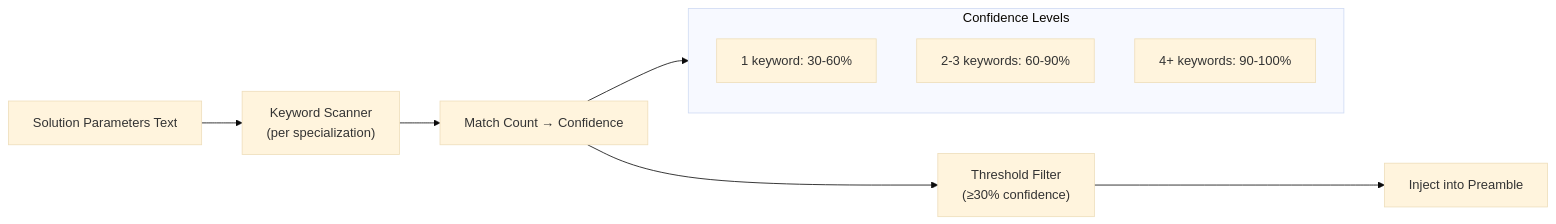
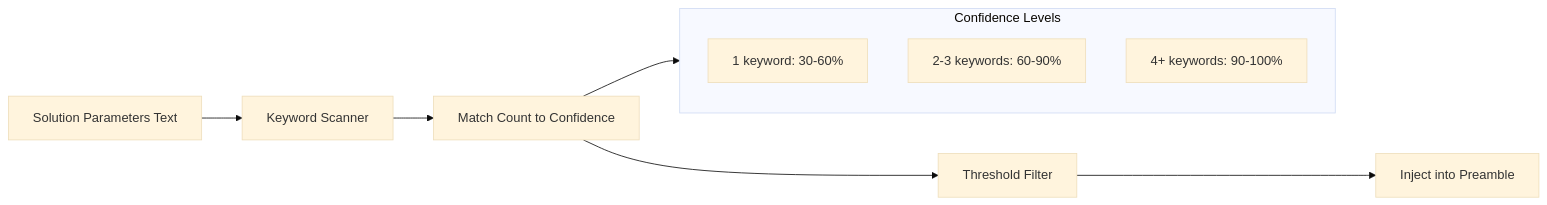
One commit to petergdoyle/actor-factory changed the second of 3 diagrams in docs/ai-engineering/persona-skill-specialization-summary.md. Above: the diagram before and after it, drawn with Mermaid (base theme). The commit also changed other lines of this file and 12 other files, not shown here.

````diff
--- a/docs/ai-engineering/persona-skill-specialization-summary.md
+++ b/docs/ai-engineering/persona-skill-specialization-summary.md
@@ -99,21 +99,21 @@
 ```mermaid
 flowchart LR
     TEXT["Solution Parameters Text"]
-    SCAN["Keyword Scanner\n(per specialization)"]
-    MATCH["Match Count → Confidence"]
-    FILTER["Threshold Filter\n(≥30% confidence)"]
+    SCAN["Keyword Scanner"]
+    MATCH["Match Count to Confidence"]
+    FILTER["Threshold Filter"]
     INJECT["Inject into Preamble"]
 
     TEXT --> SCAN
     SCAN --> MATCH
     MATCH --> FILTER
     FILTER --> INJECT
 
     subgraph Confidence["Confidence Levels"]
         LOW["1 keyword: 30-60%"]
         MED["2-3 keywords: 60-90%"]
         HIGH["4+ keywords: 90-100%"]
     end
 
     MATCH --> Confidence
 ```
````
